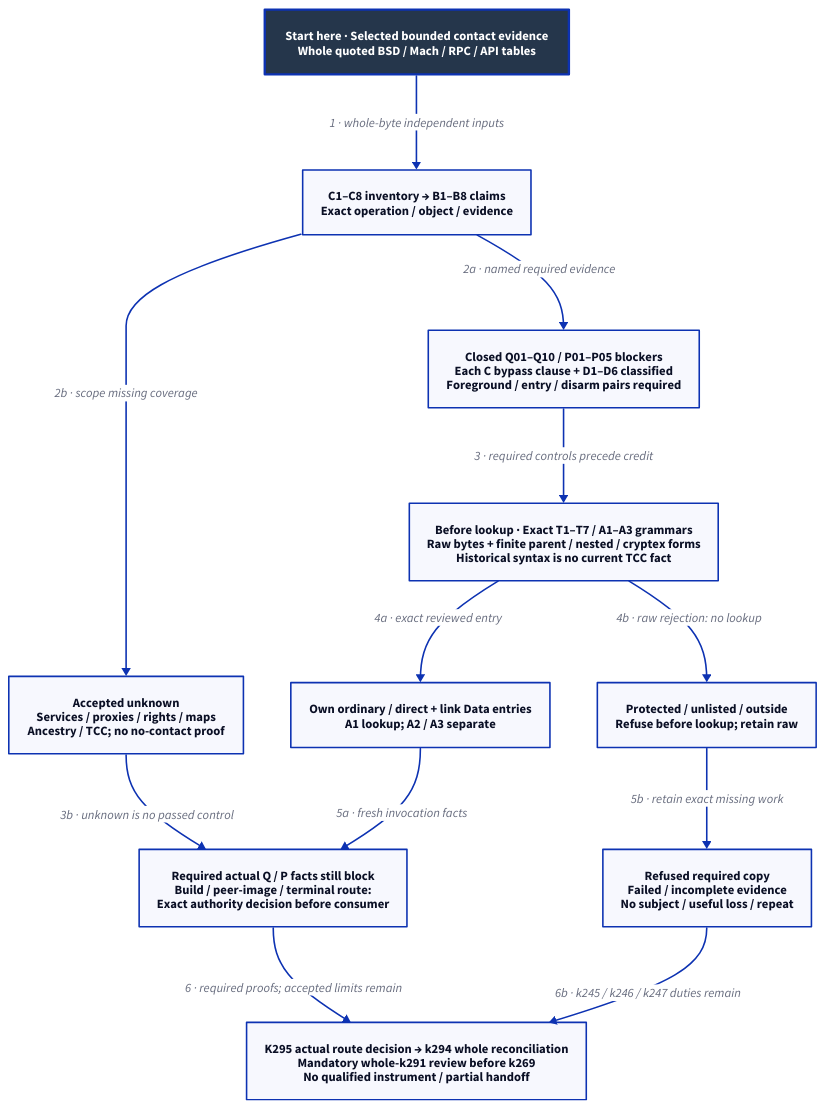
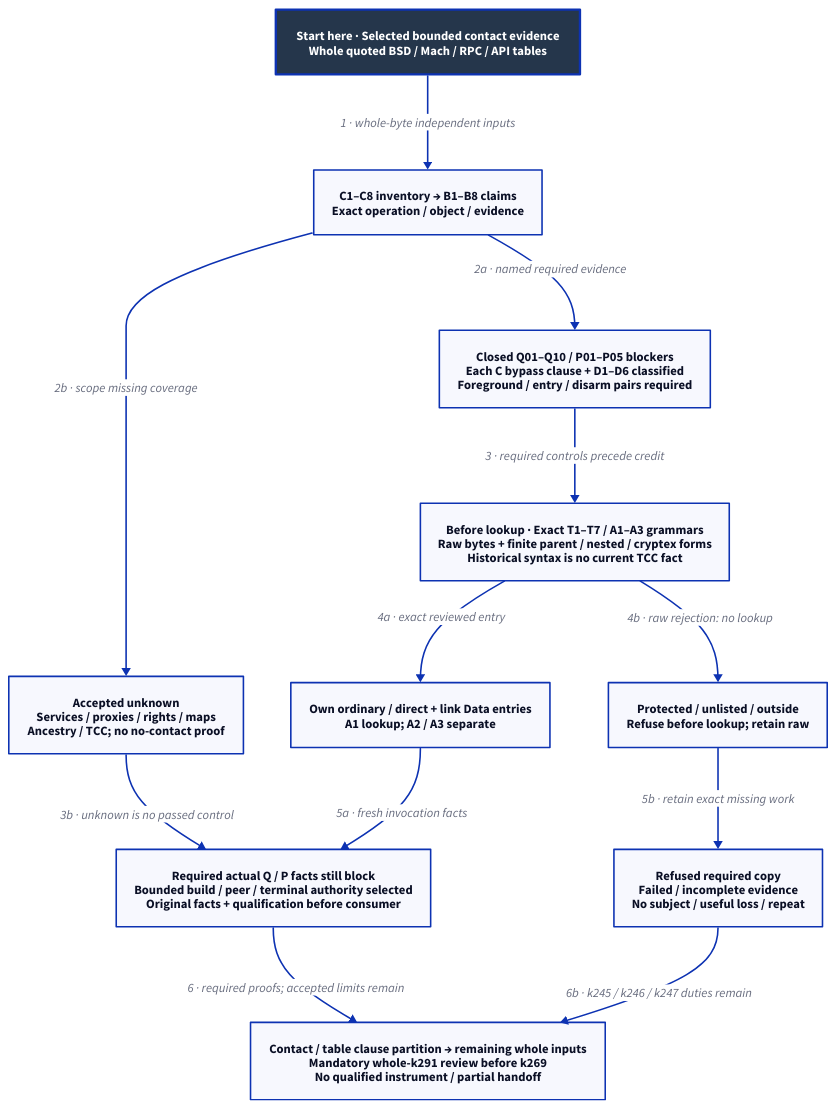
The diagram in docs/design/architecture/native-reference-contact.d2 (Linkuistics/Koine), drawn with D2 before and after one commit. The commit also changed 11 other files, not shown here.

Commit message:
Partition contact and documentary inputs (reference-evidence-contact-inputs-k296)

```diff
--- a/docs/design/architecture/native-reference-contact.d2
+++ b/docs/design/architecture/native-reference-contact.d2
@@ -1,26 +1,26 @@
 # Selected bounded contact/pre-lookup design; no control or target evidence supplied.
 direction: down
 classes: {
   start: {style: {fill: "#25364B"; font-color: "#FFFFFF"; bold: true; stroke-width: 3}}
 }
 Start: "Start here · Selected bounded contact evidence\nWhole quoted BSD / Mach / RPC / API tables" {class: start}
 Claims: "C1–C8 inventory → B1–B8 claims\nExact operation / object / evidence"
 Controls: "Closed Q01–Q10 / P01–P05 blockers\nEach C bypass clause + D1–D6 classified\nForeground / entry / disarm pairs required"
 Unknown: "Accepted unknown\nServices / proxies / rights / maps\nAncestry / TCC; no no-contact proof"
 Policy: "Before lookup · Exact T1–T7 / A1–A3 grammars\nRaw bytes + finite parent / nested / cryptex forms\nHistorical syntax is no current TCC fact"
 Allowed: "Own ordinary / direct + link Data entries\nA1 lookup; A2 / A3 separate"
 Refuse: "Protected / unlisted / outside\nRefuse before lookup; retain raw"
-Gate: "Required actual Q / P facts still block\nBuild / peer-image / terminal route:\nExact authority decision before consumer"
+Gate: "Required actual Q / P facts still block\nBounded build / peer / terminal authority selected\nOriginal facts + qualification before consumer"
 Failed: "Refused required copy\nFailed / incomplete evidence\nNo subject / useful loss / repeat"
-Whole: "K295 actual route decision → k294 whole reconciliation\nMandatory whole-k291 review before k269\nNo qualified instrument / partial handoff"
+Whole: "Contact / table clause partition → remaining whole inputs\nMandatory whole-k291 review before k269\nNo qualified instrument / partial handoff"
 Start -> Claims: "1 · whole-byte independent inputs"
 Claims -> Controls: "2a · named required evidence"
 Claims -> Unknown: "2b · scope missing coverage"
 Controls -> Policy: "3 · required controls precede credit"
 Unknown -> Gate: "3b · unknown is no passed control"
 Policy -> Allowed: "4a · exact reviewed entry"
 Policy -> Refuse: "4b · raw rejection: no lookup"
 Allowed -> Gate: "5a · fresh invocation facts"
 Refuse -> Failed: "5b · retain exact missing work"
 Gate -> Whole: "6 · required proofs; accepted limits remain"
 Failed -> Whole: "6b · k245 / k246 / k247 duties remain"
```
